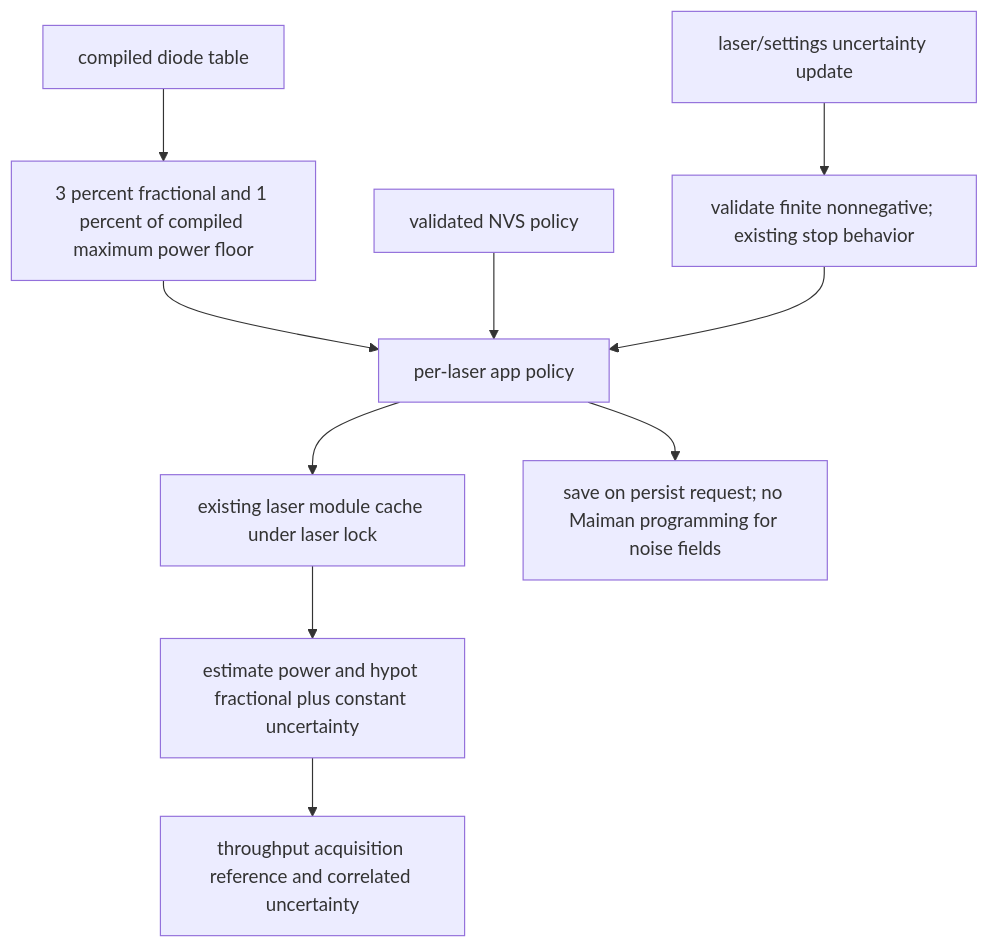
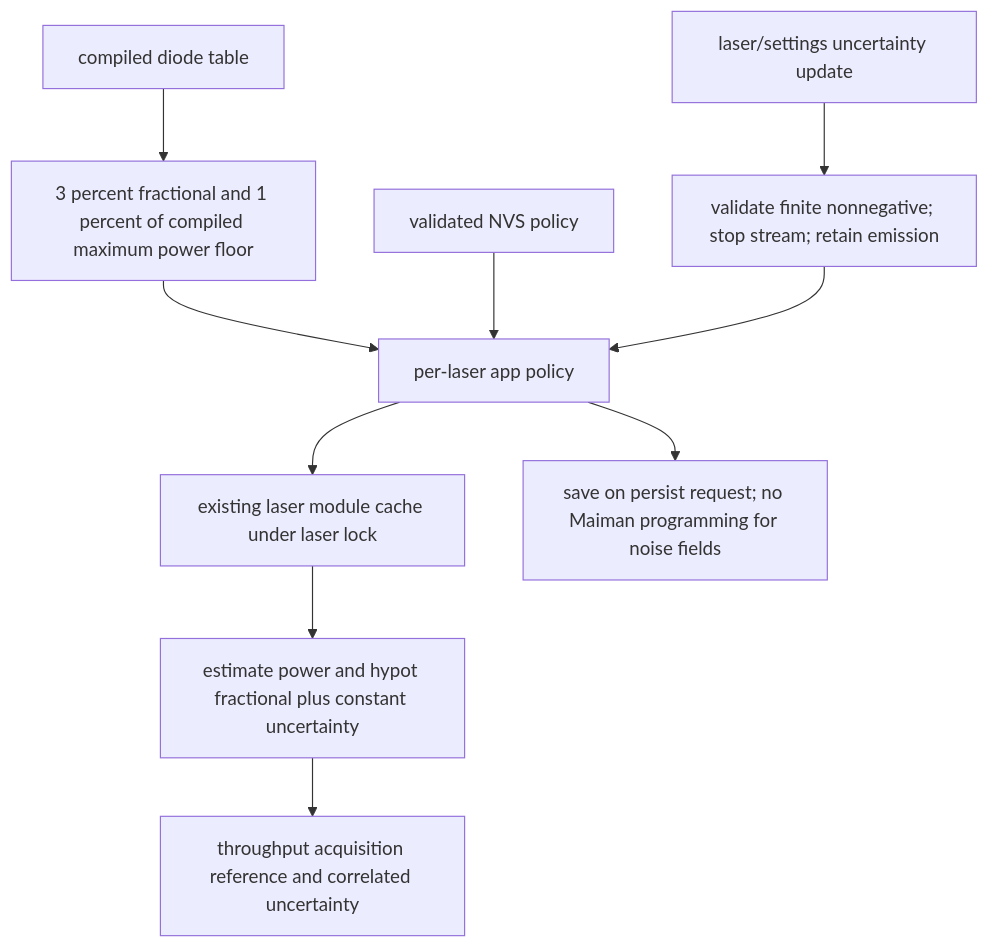
One commit to COO-Utilities/hispec-tib changed diagram 24 of 25 in doc/diagrams.md. Above: the diagram before and after it, drawn with Mermaid. The commit also changed other lines of this file and 17 other files, not shown here.

````diff
--- a/doc/diagrams.md
+++ b/doc/diagrams.md
@@ -554,12 +557,12 @@
 ```mermaid
 flowchart TD
   Defaults[compiled diode table] --> Noise[3 percent fractional and 1 percent of compiled maximum power floor]
   Noise --> Policy[per-laser app policy]
   NVS[validated NVS policy] --> Policy
-  Command[laser/settings uncertainty update] --> Validate[validate finite nonnegative; existing stop behavior]
+  Command[laser/settings uncertainty update] --> Validate[validate finite nonnegative; stop stream; retain emission]
   Validate --> Policy
   Policy --> Cache[existing laser module cache under laser lock]
   Policy --> Persist[save on persist request; no Maiman programming for noise fields]
   Cache --> Estimate[estimate power and hypot fractional plus constant uncertainty]
   Estimate --> Reference[throughput acquisition reference and correlated uncertainty]
 ```
````
